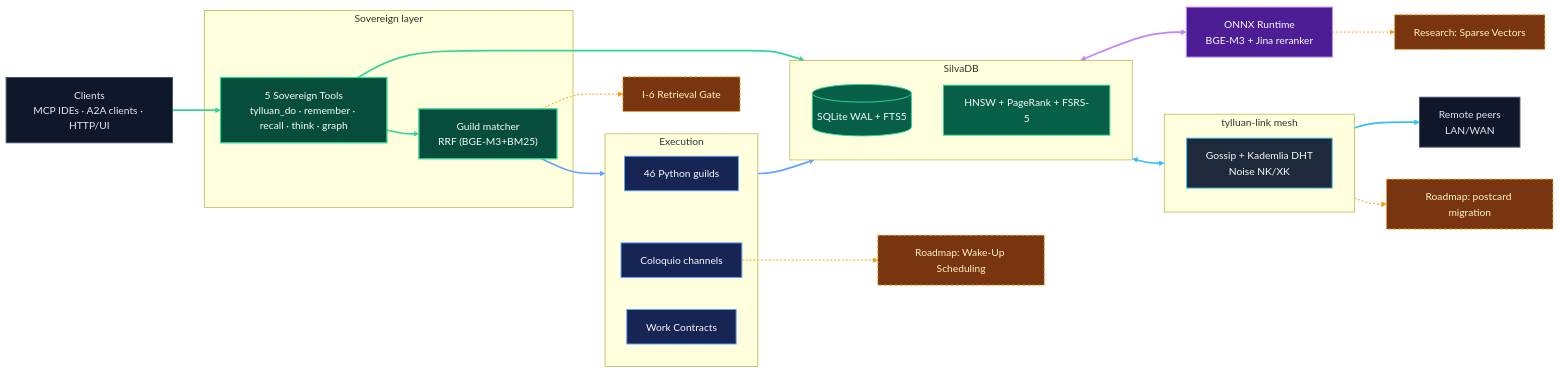
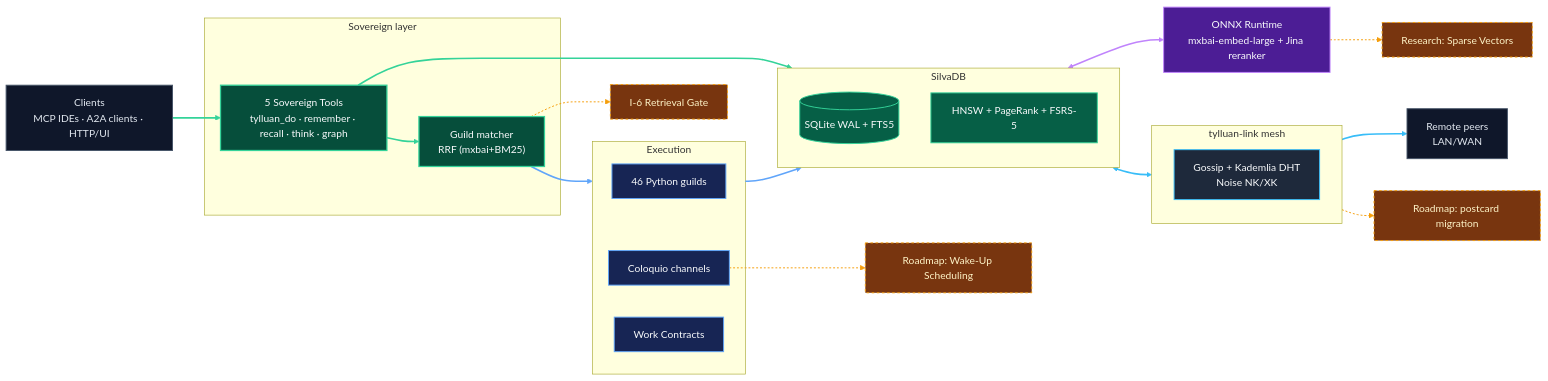
Before and after one commit to Forja-orca/tylluan: the diagram in README.md, drawn with Mermaid. The commit also changed other lines of this file and 2 other files, not shown here.

````diff
--- a/README.md
+++ b/README.md
@@ -313,68 +317,68 @@
 ```mermaid
 flowchart LR
   CLIENTS["Clients<br/>MCP IDEs · A2A clients · HTTP/UI"]
 
   subgraph SOVEREIGN["Sovereign layer"]
     TOOLS["5 Sovereign Tools<br/>tylluan_do · remember · recall · think · graph"]
-    ROUTER["Guild matcher<br/>RRF (BGE-M3+BM25)"]
+    ROUTER["Guild matcher<br/>RRF (mxbai+BM25)"]
   end
 
   subgraph MEMORY["SilvaDB"]
     SILVA[("SQLite WAL + FTS5")]
     GRAPH["HNSW + PageRank + FSRS-5"]
   end
 
   subgraph EXEC["Execution"]
     GUILDS["46 Python guilds"]
     COLOQUIO["Coloquio channels"]
     CONTRACTS["Work Contracts"]
   end
 
-  INFER["ONNX Runtime<br/>BGE-M3 + Jina reranker"]
+  INFER["ONNX Runtime<br/>mxbai-embed-large + Jina reranker"]
 
   subgraph MESH["tylluan-link mesh"]
     P2P["Gossip + Kademlia DHT<br/>Noise NK/XK"]
   end
 
   PEERS["Remote peers<br/>LAN/WAN"]
 
   RGATE["I-6 Retrieval Gate"]:::future
   WAKE["Roadmap: Wake-Up Scheduling"]:::future
   SPARSE["Research: Sparse Vectors"]:::future
   POSTCARD["Roadmap: postcard migration"]:::future
 
   CLIENTS ==> TOOLS
   TOOLS ==> ROUTER
   TOOLS ==> MEMORY
   ROUTER ==> EXEC
   EXEC ==> MEMORY
   MEMORY <==> INFER
   MEMORY <==> MESH
   MESH ==> PEERS
 
   ROUTER -.-> RGATE
   COLOQUIO -.-> WAKE
   INFER -.-> SPARSE
   MESH -.-> POSTCARD
 
   classDef sovStyle fill:#064e3b,stroke:#34d399,color:#f8fafc,stroke-width:2px;
   classDef memStyle fill:#065f46,stroke:#34d399,color:#f8fafc,stroke-width:1.5px;
   classDef execStyle fill:#172554,stroke:#60a5fa,color:#f8fafc,stroke-width:1.5px;
   classDef inferStyle fill:#4c1d95,stroke:#c084fc,color:#f8fafc,stroke-width:1.5px;
   classDef meshStyle fill:#1e293b,stroke:#38bdf8,color:#f8fafc,stroke-width:1.5px;
   classDef extStyle fill:#0f172a,stroke:#475569,color:#e2e8f0,stroke-width:1.5px;
   classDef future fill:#78350f,stroke:#f59e0b,stroke-width:1.5px,stroke-dasharray:4 4,color:#fef3c7;
 
   class CLIENTS,PEERS extStyle;
   class TOOLS,ROUTER sovStyle;
   class SILVA,GRAPH memStyle;
   class GUILDS,COLOQUIO,CONTRACTS execStyle;
   class INFER inferStyle;
   class P2P meshStyle;
 
   linkStyle 0,1,2 stroke:#34d399,stroke-width:2.5px;
   linkStyle 3,4 stroke:#60a5fa,stroke-width:2.5px;
   linkStyle 5 stroke:#c084fc,stroke-width:2.5px;
   linkStyle 6,7 stroke:#38bdf8,stroke-width:2.5px;
   linkStyle 8,9,10,11 stroke:#f59e0b,stroke-width:1.5px,stroke-dasharray:3 3;
 ```
````
